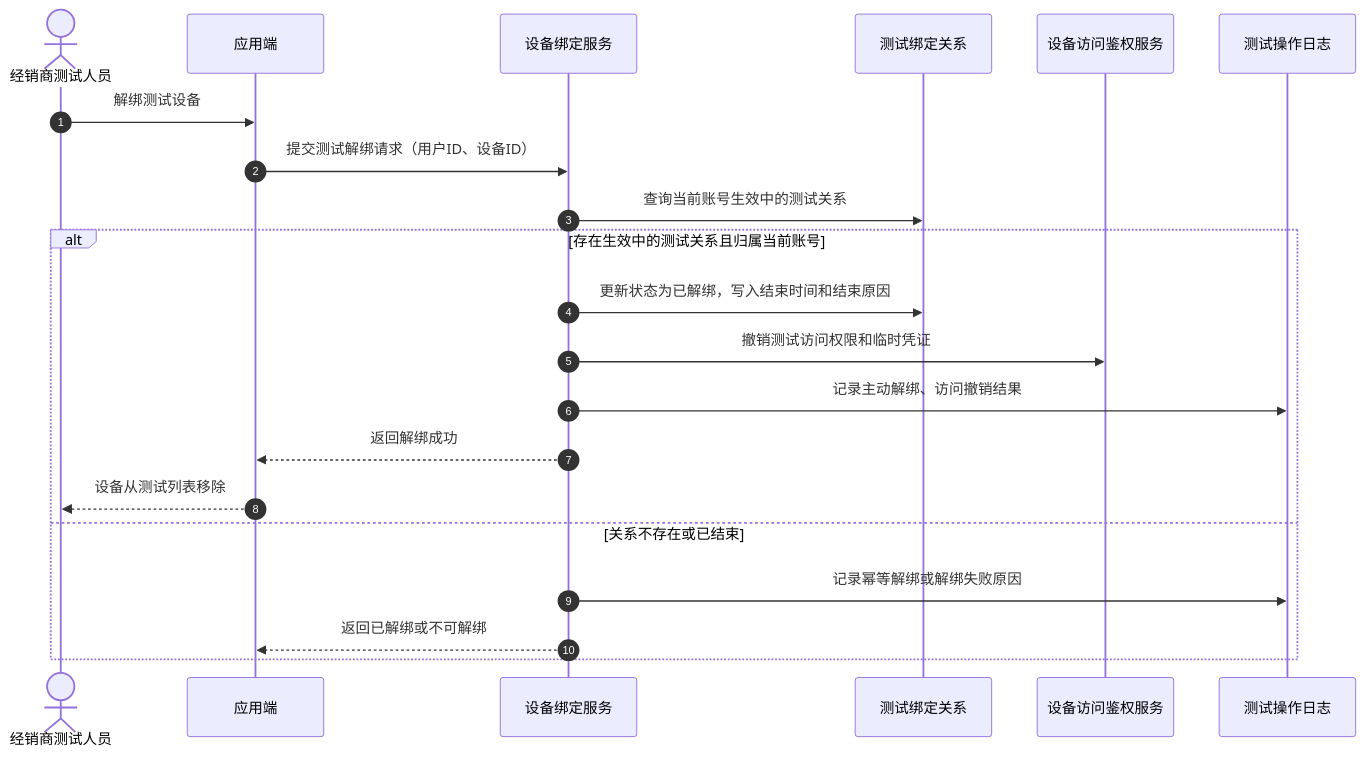
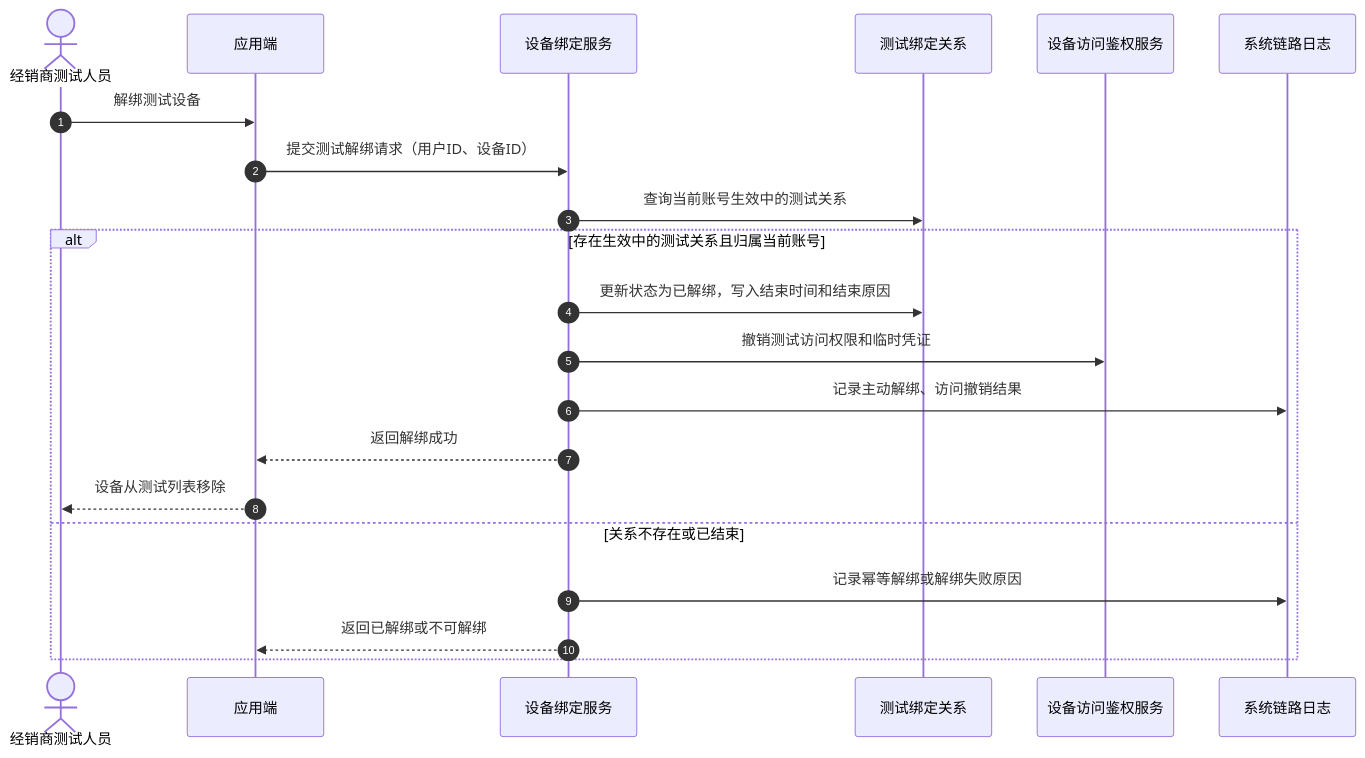
The second of 4 diagrams in 设备中心/产品文档/0706-设备反激活/经销商测试免激活需求方案评审稿.md (tangtangtang-tys/Equipment-Center-all), drawn with Mermaid before and after one commit. The commit also changed other lines of this file and 9 other files, not shown here.

````diff
--- a/设备中心/产品文档/0706-设备反激活/经销商测试免激活需求方案评审稿.md
+++ b/设备中心/产品文档/0706-设备反激活/经销商测试免激活需求方案评审稿.md
@@ -665,25 +648,25 @@
 ```mermaid
 sequenceDiagram
     autonumber
     actor 经销商测试人员
     participant 应用端
     participant 设备绑定服务
     participant 测试绑定关系
     participant 设备访问鉴权服务
-    participant 测试操作日志
+    participant 系统链路日志
 
     经销商测试人员->>应用端: 解绑测试设备
     应用端->>设备绑定服务: 提交测试解绑请求（用户ID、设备ID）
     设备绑定服务->>测试绑定关系: 查询当前账号生效中的测试关系
 
     alt 存在生效中的测试关系且归属当前账号
         设备绑定服务->>测试绑定关系: 更新状态为已解绑，写入结束时间和结束原因
         设备绑定服务->>设备访问鉴权服务: 撤销测试访问权限和临时凭证
-        设备绑定服务->>测试操作日志: 记录主动解绑、访问撤销结果
+        设备绑定服务->>系统链路日志: 记录主动解绑、访问撤销结果
         设备绑定服务-->>应用端: 返回解绑成功
         应用端-->>经销商测试人员: 设备从测试列表移除
     else 关系不存在或已结束
-        设备绑定服务->>测试操作日志: 记录幂等解绑或解绑失败原因
+        设备绑定服务->>系统链路日志: 记录幂等解绑或解绑失败原因
         设备绑定服务-->>应用端: 返回已解绑或不可解绑
     end
 ```
````
